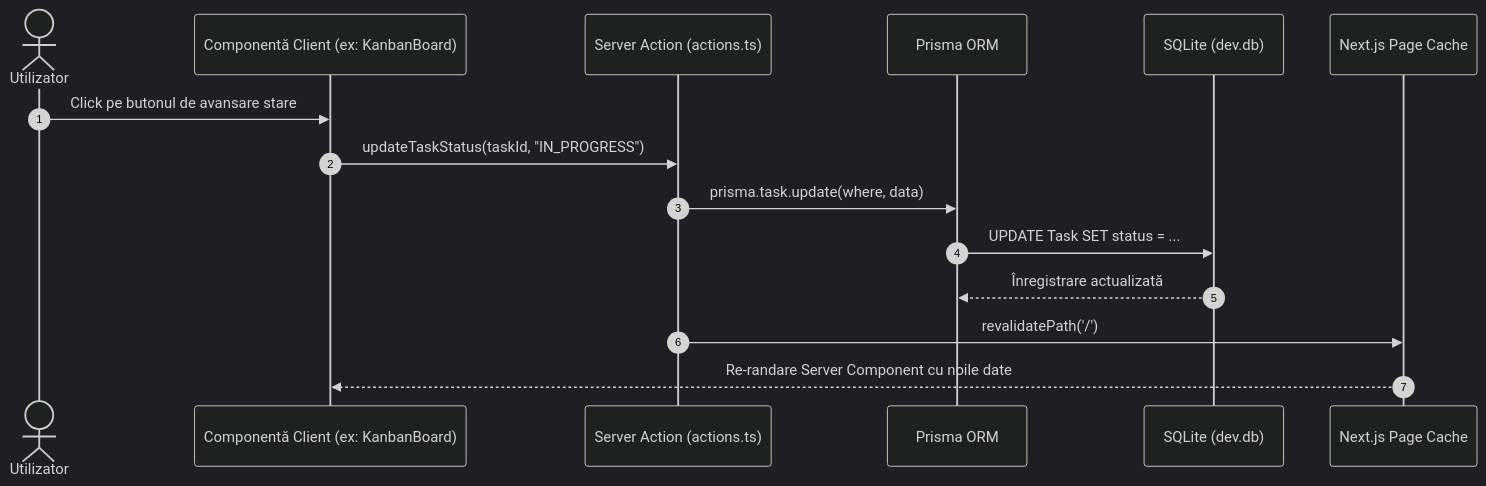
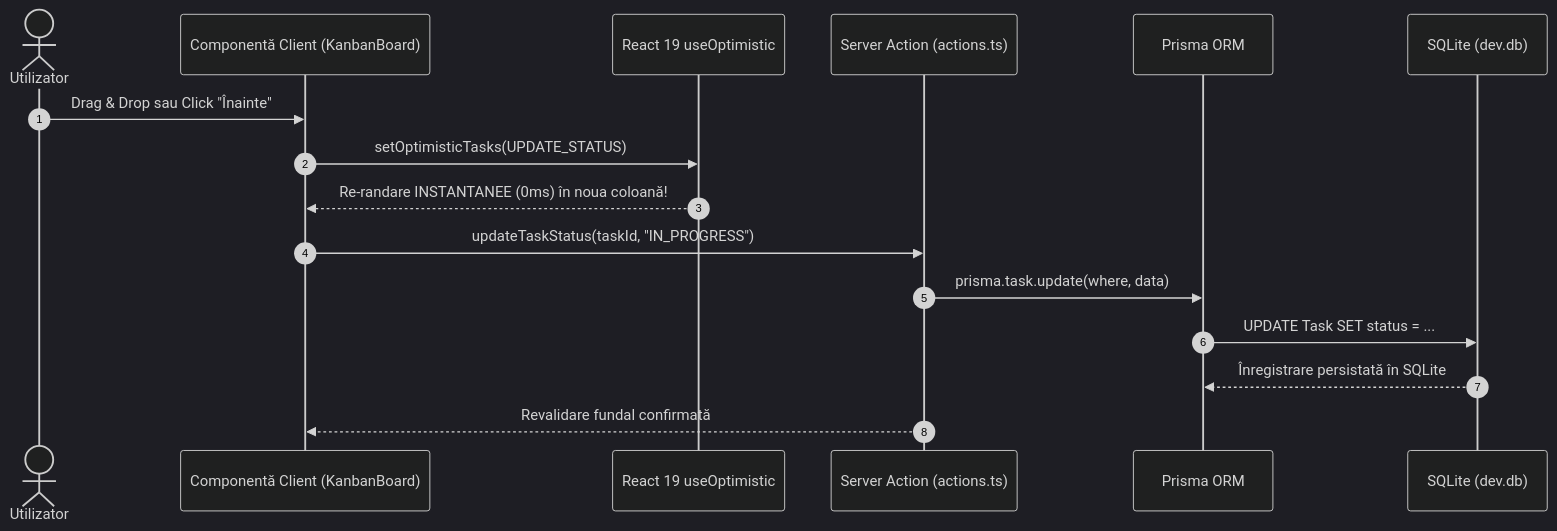
Before and after one commit to al12us/taskselect: the third of 3 diagrams in technical_documentation.md, drawn with Mermaid (dark theme). The commit also changed other lines of this file and 11 other files, not shown here.

````diff
--- a/technical_documentation.md
+++ b/technical_documentation.md
@@ -100,18 +102,19 @@
 ```mermaid
 sequenceDiagram
     autonumber
     actor Utilizator
-    participant UI as Componentă Client (ex: KanbanBoard)
+    participant UI as Componentă Client (KanbanBoard)
+    participant OptState as React 19 useOptimistic
     participant Action as Server Action (actions.ts)
     participant Prisma as Prisma ORM
     participant DB as SQLite (dev.db)
-    participant Cache as Next.js Page Cache
 
-    Utilizator->>UI: Click pe butonul de avansare stare
+    Utilizator->>UI: Drag & Drop sau Click "Înainte"
+    UI->>OptState: setOptimisticTasks(UPDATE_STATUS)
+    OptState-->>UI: Re-randare INSTANTANEE (0ms) în noua coloană!
     UI->>Action: updateTaskStatus(taskId, "IN_PROGRESS")
     Action->>Prisma: prisma.task.update(where, data)
     Prisma->>DB: UPDATE Task SET status = ...
-    DB-->>Prisma: Înregistrare actualizată
-    Action->>Cache: revalidatePath('/')
-    Cache-->>UI: Re-randare Server Component cu noile date
+    DB-->>Prisma: Înregistrare persistată în SQLite
+    Action-->>UI: Revalidare fundal confirmată
 ```
````
